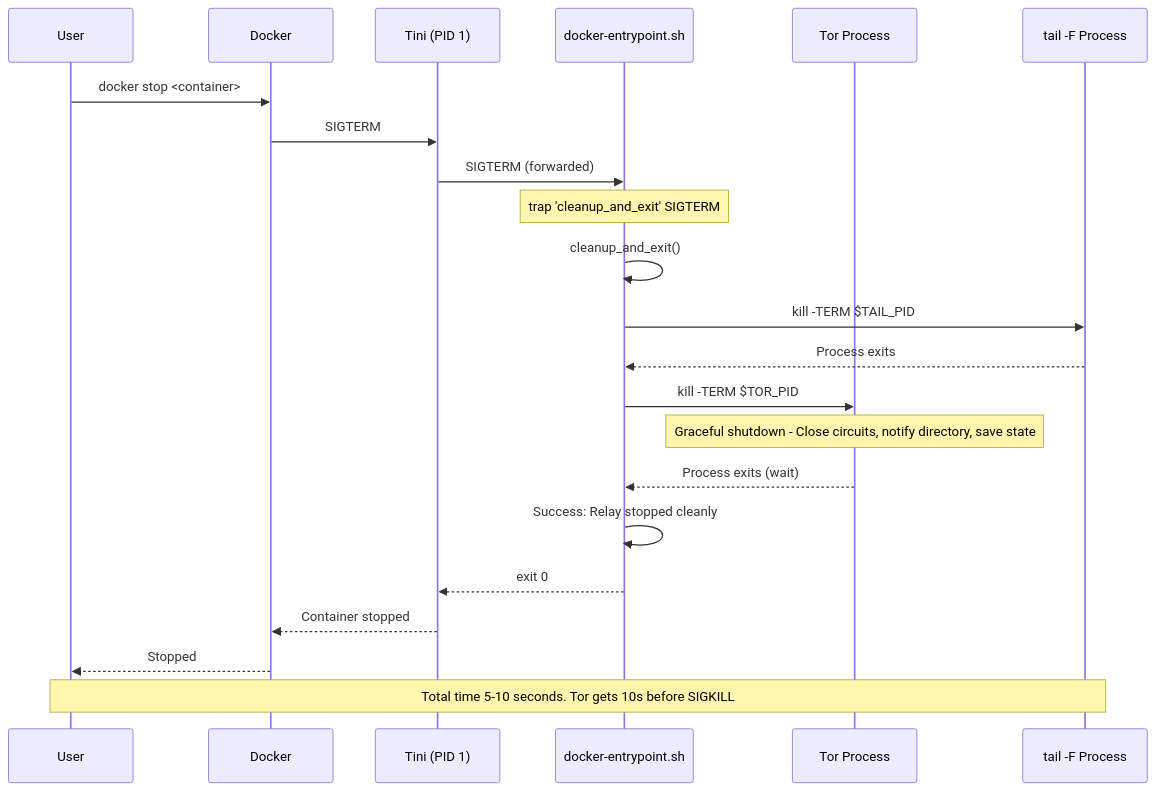
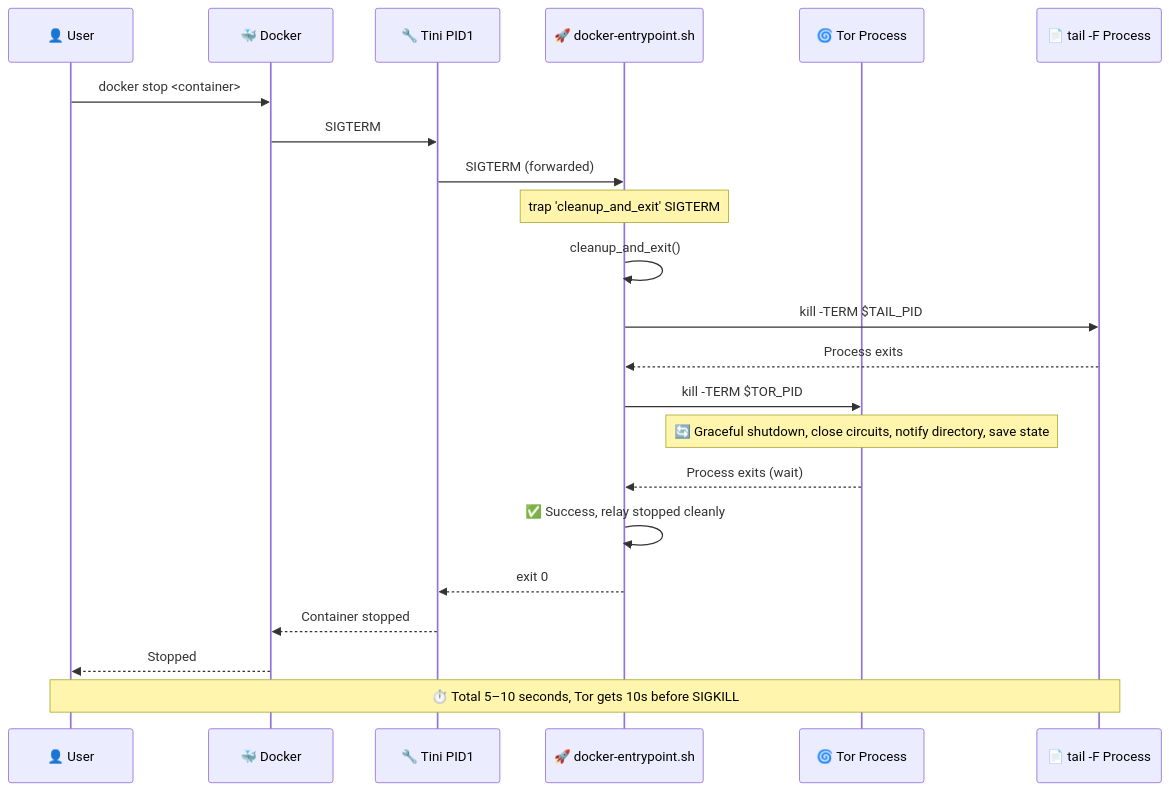
Diagram 11 of 13 in docs/ARCHITECTURE.md (r3bo0tbx1/tor-guard-relay), drawn with Mermaid before and after one commit. The commit also changed other lines of this file and 1 other file, not shown here.

First line of the commit message:
📝 docs(v1.1.1): Refresh diagrams and update image size

````diff
--- a/docs/ARCHITECTURE.md
+++ b/docs/ARCHITECTURE.md
@@ -649,30 +672,30 @@
 ```mermaid
 sequenceDiagram
-    participant User
-    participant Docker
-    participant Tini as Tini (PID 1)
-    participant Entrypoint as docker-entrypoint.sh
-    participant Tor as Tor Process
-    participant Tail as tail -F Process
+    participant User as 👤 User
+    participant Docker as 🐳 Docker
+    participant Tini as 🔧 Tini PID1
+    participant Entrypoint as 🚀 docker-entrypoint.sh
+    participant Tor as 🌀 Tor Process
+    participant Tail as 📄 tail -F Process
 
     User->>Docker: docker stop <container>
     Docker->>Tini: SIGTERM
     Tini->>Entrypoint: SIGTERM (forwarded)
 
     Note over Entrypoint: trap 'cleanup_and_exit' SIGTERM
 
     Entrypoint->>Entrypoint: cleanup_and_exit()
     Entrypoint->>Tail: kill -TERM $TAIL_PID
     Tail-->>Entrypoint: Process exits
 
     Entrypoint->>Tor: kill -TERM $TOR_PID
-    Note over Tor: Graceful shutdown - Close circuits, notify directory, save state
+    Note over Tor: 🔄 Graceful shutdown, close circuits, notify directory, save state
 
     Tor-->>Entrypoint: Process exits (wait)
-    Entrypoint->>Entrypoint: Success: Relay stopped cleanly
+    Entrypoint->>Entrypoint: ✅ Success, relay stopped cleanly
     Entrypoint-->>Tini: exit 0
     Tini-->>Docker: Container stopped
     Docker-->>User: Stopped
 
-    Note over User,Tail: Total time 5-10 seconds. Tor gets 10s before SIGKILL
+    Note over User,Tail: ⏱️ Total 5–10 seconds, Tor gets 10s before SIGKILL
 ```
````
